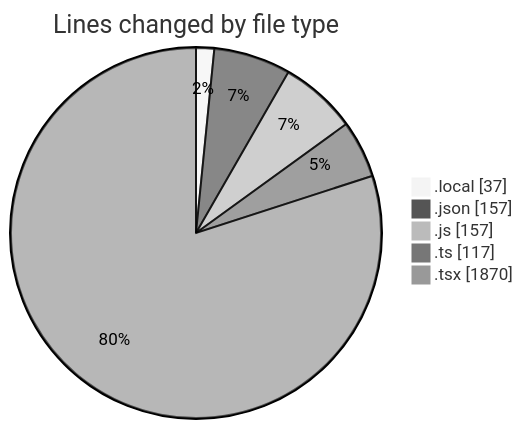
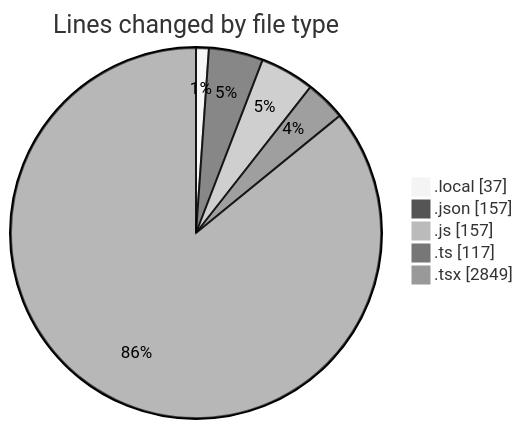
One commit to becaeroporto-bot/code-tracking changed the first of 2 diagrams in 2026-02-17/id_ia/README.md. Above: the diagram before and after it, drawn with Mermaid (neutral theme). The commit also changed other lines of this file and 1 other file, not shown here.

````diff
--- a/2026-02-17/id_ia/README.md
+++ b/2026-02-17/id_ia/README.md
@@ -38,9 +43,9 @@
 ```mermaid
 pie showData
 title Lines changed by file type
 ".local" : 37
 ".json" : 157
 ".js" : 157
 ".ts" : 117
-".tsx" : 1870
+".tsx" : 2849
 ```
````
